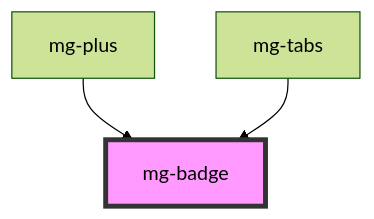
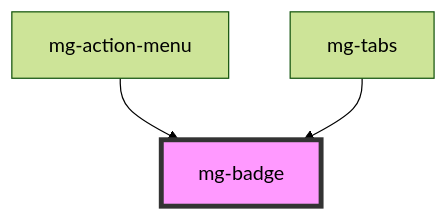
Before and after one commit to MGDIS/mg-components: the diagram in src/components/atoms/mg-badge/readme.md, drawn with Mermaid (forest theme). The commit also changed other lines of this file and 37 other files, not shown here.

First line of the commit message:
feat(mgActionMenu): manage buttons

````diff
--- a/src/components/atoms/mg-badge/readme.md
+++ b/src/components/atoms/mg-badge/readme.md
@@ -43,6 +43,6 @@
 ```mermaid
 graph TD;
-  mg-plus --> mg-badge
+  mg-action-menu --> mg-badge
   mg-tabs --> mg-badge
   style mg-badge fill:#f9f,stroke:#333,stroke-width:4px
 ```
````
